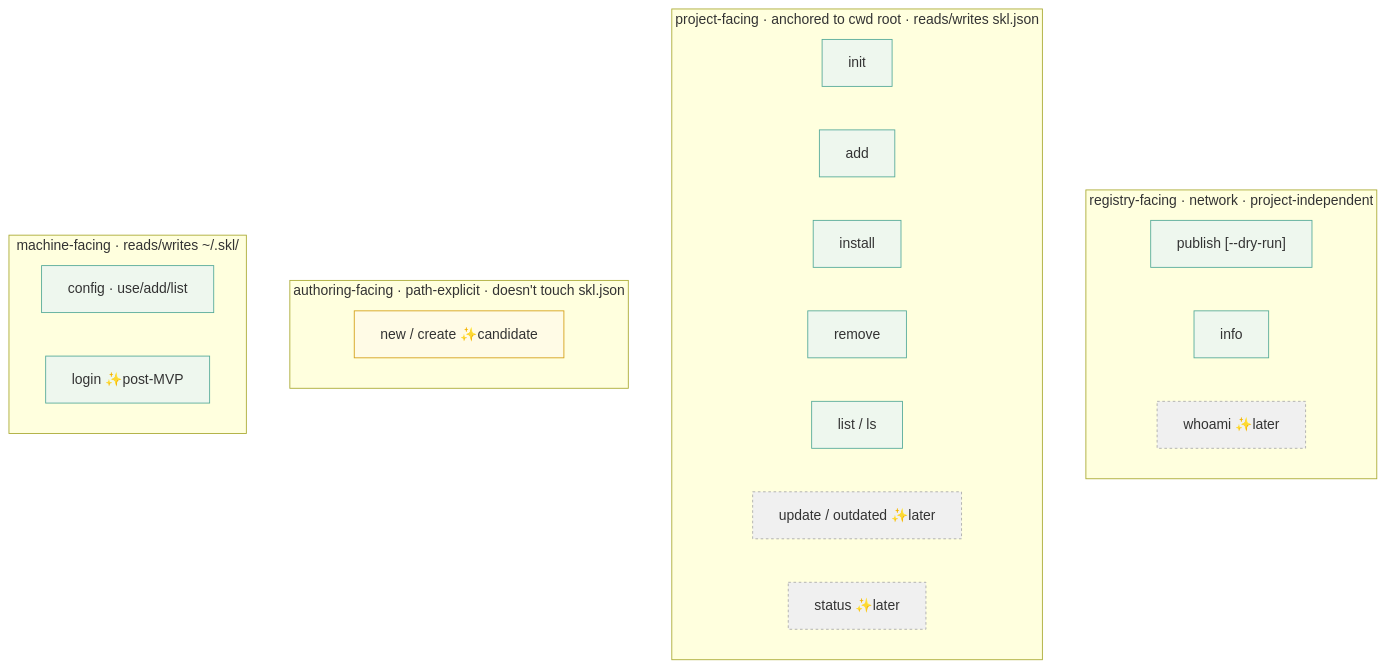
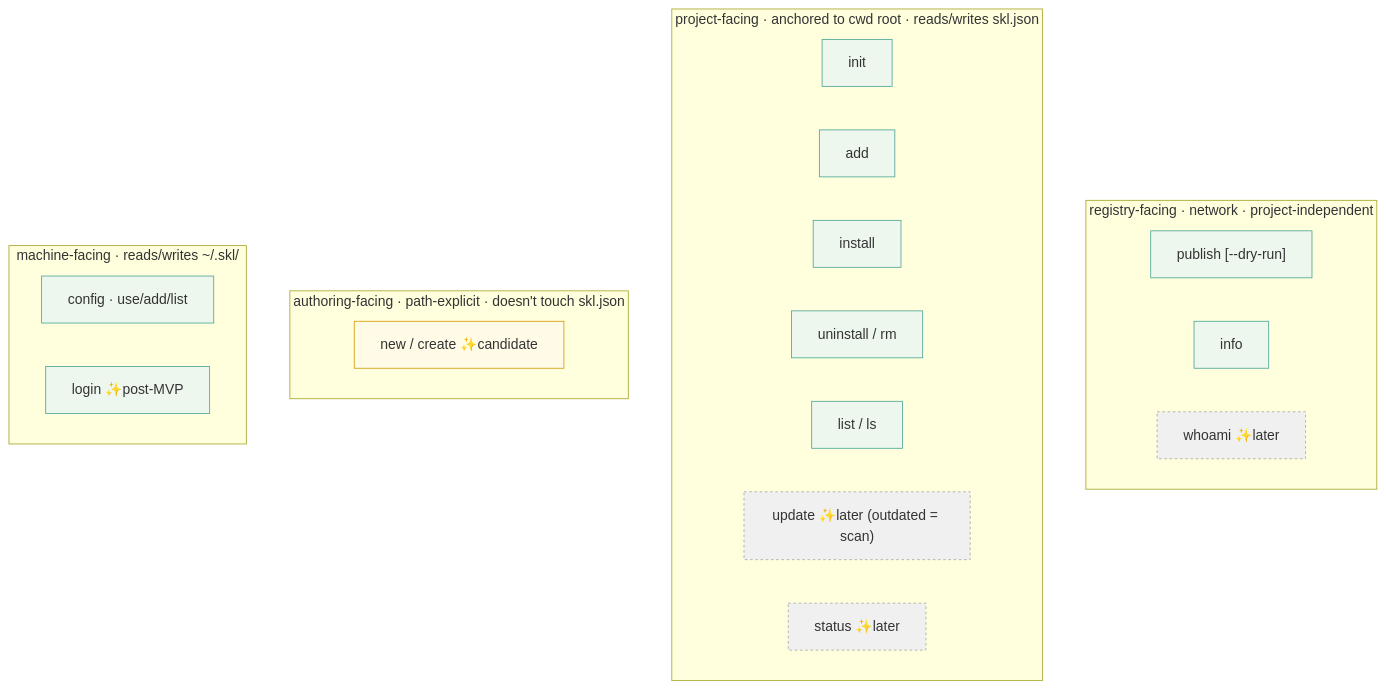
The first of 3 diagrams in docs/reference/cli.md (loopdoop/skl-skill), drawn with Mermaid before and after one commit. The commit also changed other lines of this file and 3 other files, not shown here.

````diff
--- a/docs/reference/cli.md
+++ b/docs/reference/cli.md
@@ -51,31 +86,31 @@
 ```mermaid
 flowchart TB
     subgraph reg["registry-facing · network · project-independent"]
         PUB["publish [--dry-run]"]
         INFO["info"]
         WHO["whoami ✨later"]
     end
     subgraph proj["project-facing · anchored to cwd root · reads/writes skl.json"]
         INIT["init"]
         ADD["add"]
         INST["install"]
-        RM["remove"]
+        RM["uninstall / rm"]
         LS["list / ls"]
-        UPD["update / outdated ✨later"]
+        UPD["update ✨later (outdated = scan)"]
         STAT["status ✨later"]
     end
     subgraph auth["authoring-facing · path-explicit · doesn't touch skl.json"]
         NEW["new / create ✨candidate"]
     end
     subgraph mach["machine-facing · reads/writes ~/.skl/"]
         CFG["config · use/add/list"]
         LOGIN["login ✨post-MVP"]
     end
 
     classDef done fill:#eef7ee,stroke:#5a9;
     classDef cand fill:#fffbe6,stroke:#d4a017;
     classDef park fill:#f0f0f0,stroke:#aaa,stroke-dasharray:3 3;
     class INIT,ADD,INST,RM,INFO,PUB,LS,CFG,LOGIN done;
     class NEW cand;
     class WHO,UPD,STAT park;
 ```
````
